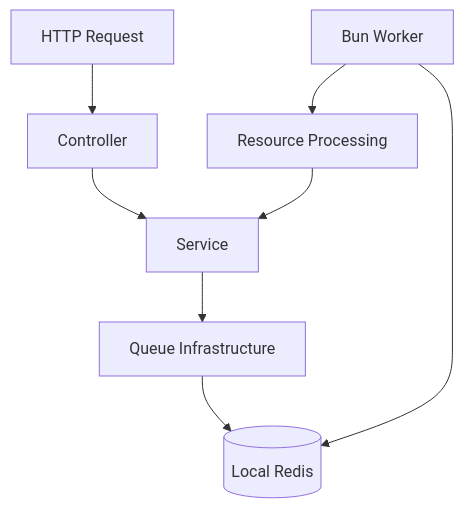
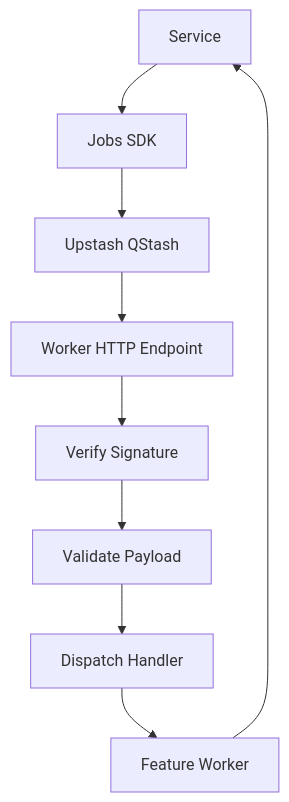
The third of 3 diagrams in docs/implementation-roadmap.md (shashankmishrra/scalable-hono-vercel-api), drawn with Mermaid before and after one commit. The commit also changed other lines of this file, not shown here.

First line of the commit message:
📝 docs(roadmap): align implementation plan with architecture v2

````diff
--- a/docs/implementation-roadmap.md
+++ b/docs/implementation-roadmap.md
@@ -271,10 +287,11 @@
-``` mermaid
+```mermaid
 flowchart TD
-    Request[HTTP Request] --> Controller[Controller]
-    Controller --> Service[Service]
-    Service --> Queue[Queue Infrastructure]
-    Queue --> Redis[(Local Redis)]
-    Worker[Bun Worker] --> Redis
-    Worker --> Processor[Resource Processing]
-    Processor --> Service
+    Service[Service] --> Jobs[Jobs SDK]
+    Jobs --> QStash[Upstash QStash]
+    QStash --> Worker[Worker HTTP Endpoint]
+    Worker --> Verify[Verify Signature]
+    Verify --> Validate[Validate Payload]
+    Validate --> Dispatch[Dispatch Handler]
+    Dispatch --> FeatureWorker[Feature Worker]
+    FeatureWorker --> Service
 ```
````
